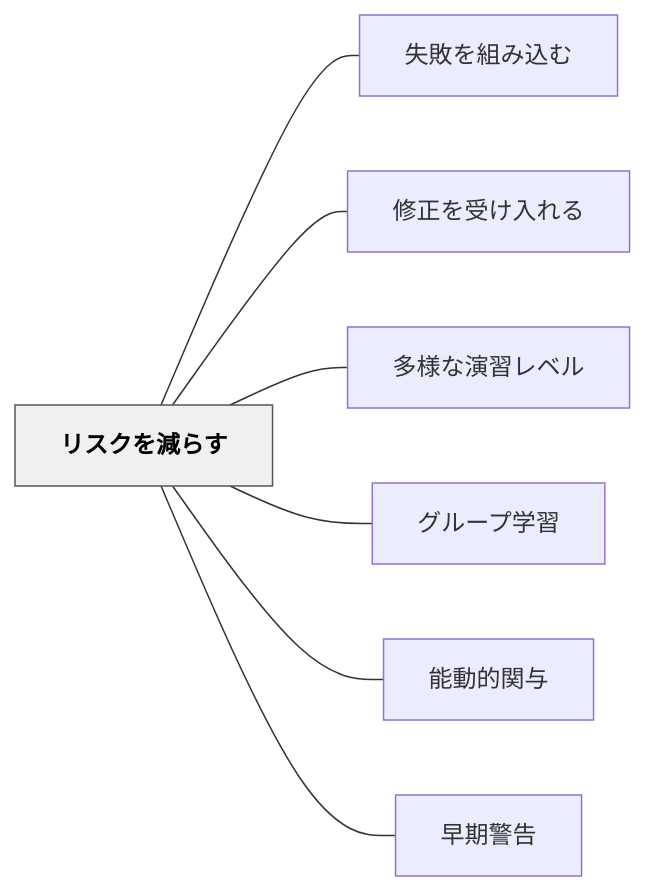
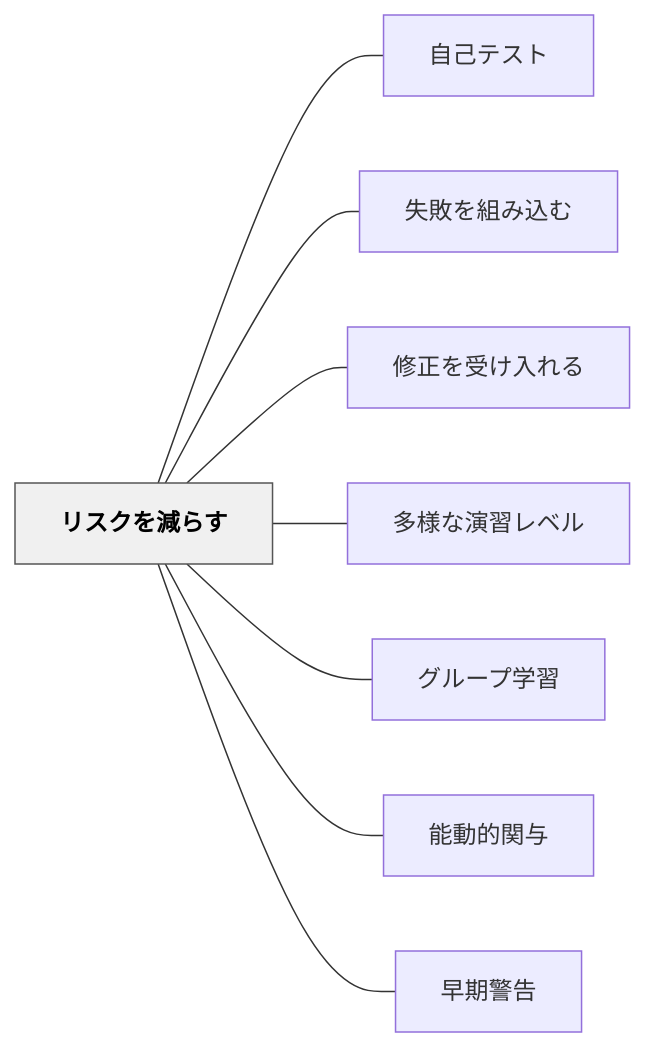
One commit to unknownthings-ed-patterns/unknownthings-ed-patterns changed the diagram in content/パタン/リスクを減らす.md. Above: the diagram before and after it, drawn with Mermaid. The commit also changed other lines of this file and 473 other files, not shown here.

````diff
--- a/content/パタン/リスクを減らす.md
+++ b/content/パタン/リスクを減らす.md
@@ -91,20 +92,22 @@
 ```mermaid
 flowchart LR
     ne383aae382b9["リスクを減らす"]
+    ne887aae5b7b1["自己テスト"]
     ne5a4b1e69597["失敗を組み込む"]
     ne4bfaee6ada3["修正を受け入れる"]
     ne5a49ae6a798["多様な演習レベル"]
     ne382b0e383ab["グループ学習"]
     ne883bde58b95["能動的関与"]
     ne697a9e69c9f["早期警告"]
 
+    ne383aae382b9 --- ne887aae5b7b1
     ne383aae382b9 --- ne5a4b1e69597
     ne383aae382b9 --- ne4bfaee6ada3
     ne383aae382b9 --- ne5a49ae6a798
     ne383aae382b9 --- ne382b0e383ab
     ne383aae382b9 --- ne883bde58b95
     ne383aae382b9 --- ne697a9e69c9f
 
     classDef hub fill:#f0f0f0,stroke:#555,color:#000,font-weight:bold
     class ne383aae382b9 hub
 ```
````
